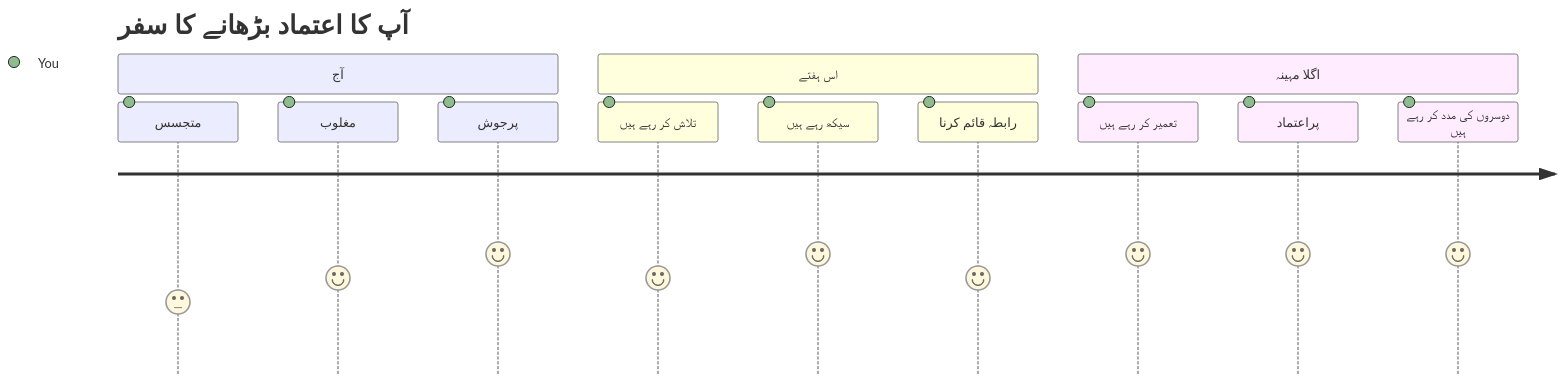
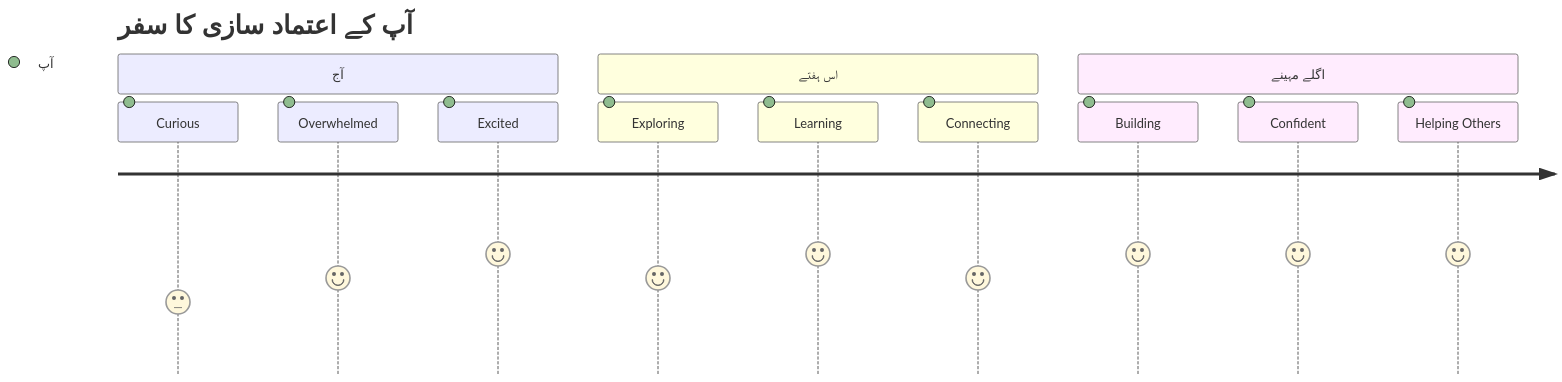
The seventh of 7 diagrams in translations/ur/1-getting-started-lessons/1-intro-to-programming-languages/README.md (microsoft/Web-Dev-For-Beginners), drawn with Mermaid before and after one commit. The commit also changed other lines of this file and 8 other files, not shown here.

````diff
--- a/translations/ur/1-getting-started-lessons/1-intro-to-programming-languages/README.md
+++ b/translations/ur/1-getting-started-lessons/1-intro-to-programming-languages/README.md
@@ -833,16 +828,16 @@
 ```mermaid
 journey
-    title آپ کا اعتماد بڑھانے کا سفر
+    title آپ کے اعتماد سازی کا سفر
     section آج
-      متجسس: 3: You
-      مغلوب: 4: You
-      پرجوش: 5: You
+      Curious: 3: آپ
+      Overwhelmed: 4: آپ
+      Excited: 5: آپ
     section اس ہفتے
-      تلاش کر رہے ہیں: 4: You
-      سیکھ رہے ہیں: 5: You
-      رابطہ قائم کرنا: 4: You
-    section اگلا مہینہ
-      تعمیر کر رہے ہیں: 5: You
-      پراعتماد: 5: You
-      دوسروں کی مدد کر رہے ہیں: 5: You
+      Exploring: 4: آپ
+      Learning: 5: آپ
+      Connecting: 4: آپ
+    section اگلے مہینے
+      Building: 5: آپ
+      Confident: 5: آپ
+      Helping Others: 5: آپ
 ```
````
